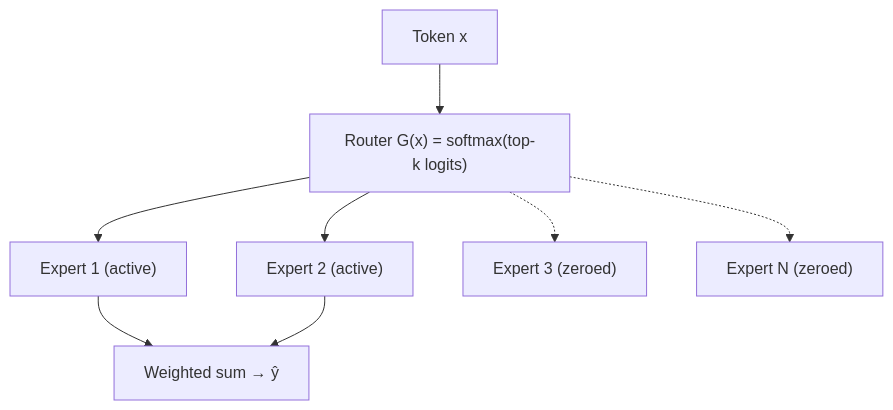
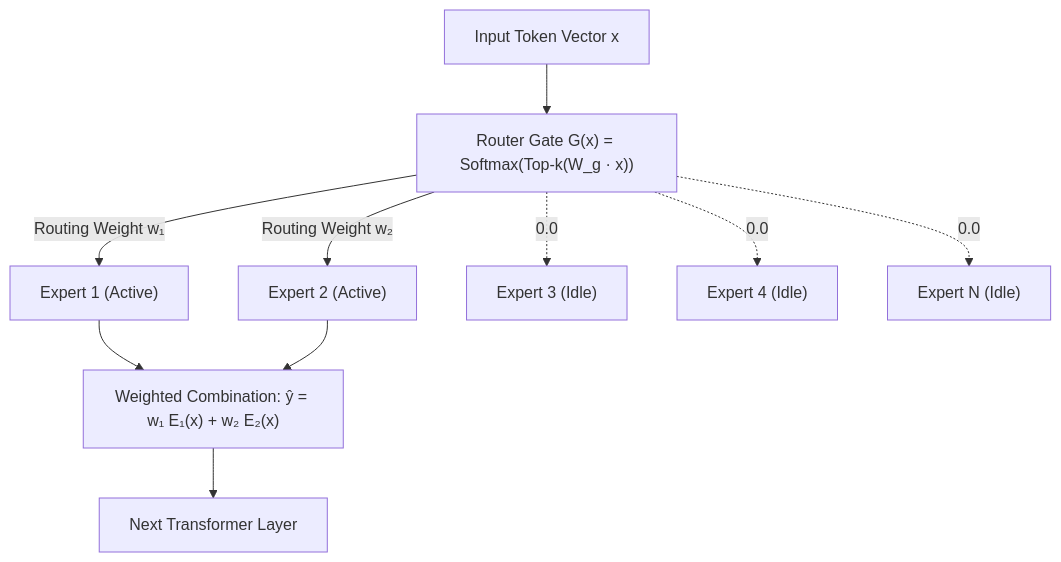
Before and after one commit to 1345AbhishekKumar/cs-cookbook: the second of 6 diagrams in content/docs/ai-agents/agentic-ai/03-moe-decoding-and-inference.mdx, drawn with Mermaid. The commit also changed other lines of this file and 299 other files, not shown here.

````diff
--- a/content/docs/ai-agents/agentic-ai/03-moe-decoding-and-inference.mdx
+++ b/content/docs/ai-agents/agentic-ai/03-moe-decoding-and-inference.mdx
@@ -57,10 +73,14 @@
 ```mermaid
 flowchart TD
-    X["Token x"] --> Router["Router G(x) = softmax(top-k logits)"]
-    Router --> E1["Expert 1 (active)"]
-    Router --> E2["Expert 2 (active)"]
-    Router -.-> E3["Expert 3 (zeroed)"]
-    Router -.-> E4["Expert N (zeroed)"]
-    E1 --> Sum["Weighted sum → ŷ"]
-    E2 --> Sum
+    Token["Input Token Vector x"] --> Router["Router Gate G(x) = Softmax(Top-k(W_g · x))"]
+    
+    Router -->|"Routing Weight w₁"| Exp1["Expert 1 (Active)"]
+    Router -->|"Routing Weight w₂"| Exp2["Expert 2 (Active)"]
+    Router -.->|"0.0"| Exp3["Expert 3 (Idle)"]
+    Router -.->|"0.0"| Exp4["Expert 4 (Idle)"]
+    Router -.->|"0.0"| ExpN["Expert N (Idle)"]
+
+    Exp1 --> Combine["Weighted Combination: ŷ = w₁ E₁(x) + w₂ E₂(x)"]
+    Exp2 --> Combine
+    Combine --> Next["Next Transformer Layer"]
 ```
````
